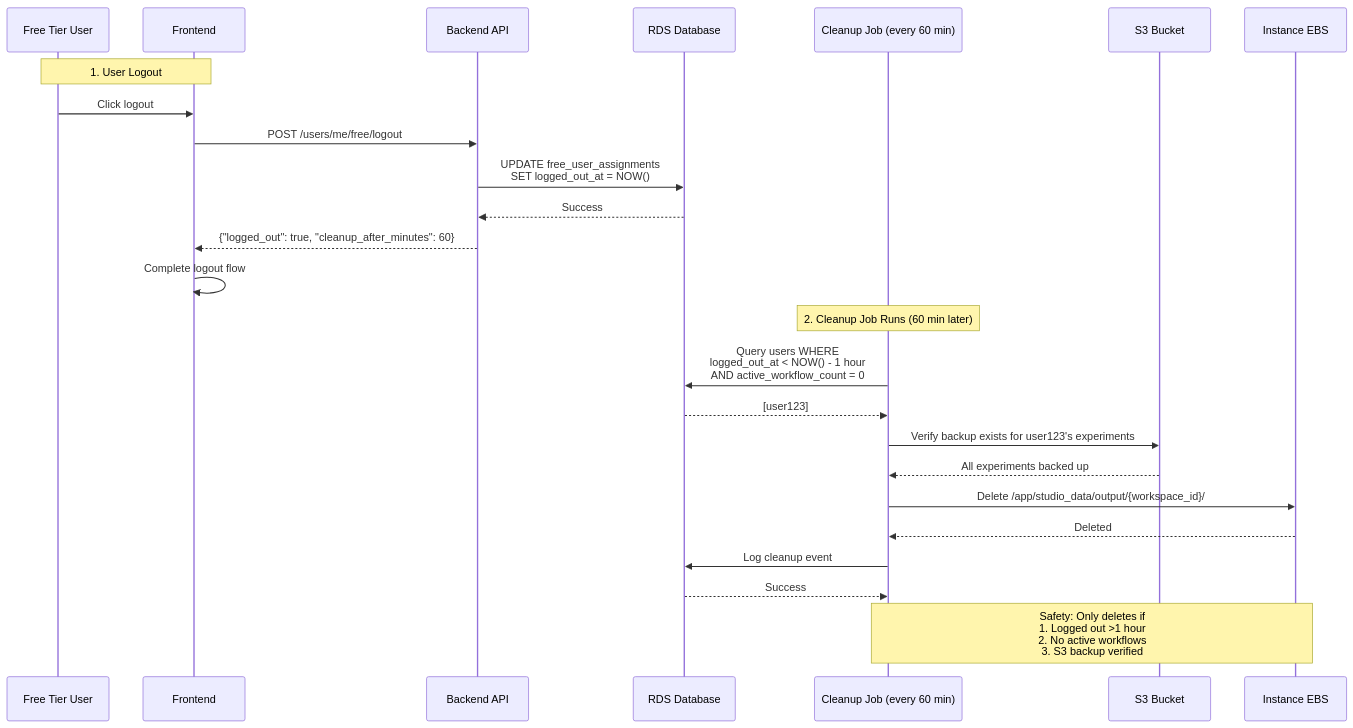
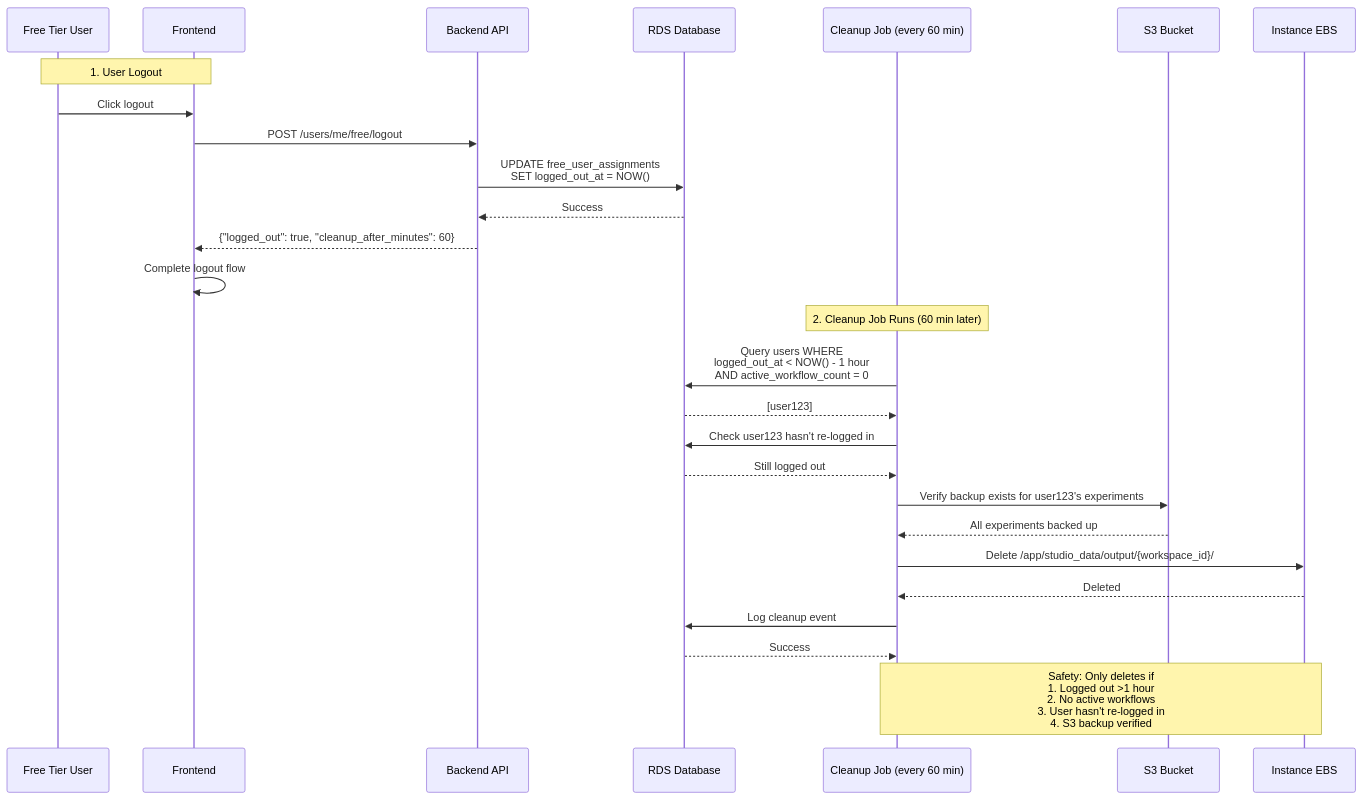
The second of 2 diagrams in infrastructure/documentation/EBS_STORAGE_ARCHITECTURE.md (arayabrain/araya-optinist), drawn with Mermaid before and after one commit. The commit also changed other lines of this file and 11 other files, not shown here.

````diff
--- a/infrastructure/documentation/EBS_STORAGE_ARCHITECTURE.md
+++ b/infrastructure/documentation/EBS_STORAGE_ARCHITECTURE.md
@@ -245,33 +287,36 @@
 ```mermaid
 sequenceDiagram
     participant User as Free Tier User
     participant Frontend as Frontend
     participant API as Backend API
     participant DB as RDS Database
     participant CleanupJob as Cleanup Job (every 60 min)
     participant S3 as S3 Bucket
     participant EBS as Instance EBS
 
     Note over User,Frontend: 1. User Logout
     User->>Frontend: Click logout
     Frontend->>API: POST /users/me/free/logout
     API->>DB: UPDATE free_user_assignments<br/>SET logged_out_at = NOW()
     DB-->>API: Success
     API-->>Frontend: {"logged_out": true, "cleanup_after_minutes": 60}
     Frontend->>Frontend: Complete logout flow
 
     Note over CleanupJob: 2. Cleanup Job Runs (60 min later)
     CleanupJob->>DB: Query users WHERE<br/>logged_out_at < NOW() - 1 hour<br/>AND active_workflow_count = 0
     DB-->>CleanupJob: [user123]
 
+    CleanupJob->>DB: Check user123 hasn't re-logged in
+    DB-->>CleanupJob: Still logged out
+
     CleanupJob->>S3: Verify backup exists for user123's experiments
-    S3-->>CleanupJob:  All experiments backed up
+    S3-->>CleanupJob: All experiments backed up
 
     CleanupJob->>EBS: Delete /app/studio_data/output/{workspace_id}/
     EBS-->>CleanupJob: Deleted
 
     CleanupJob->>DB: Log cleanup event
     DB-->>CleanupJob: Success
 
-    Note over CleanupJob,EBS:  Safety: Only deletes if<br/>1. Logged out >1 hour<br/>2. No active workflows<br/>3. S3 backup verified
+    Note over CleanupJob,EBS: Safety: Only deletes if<br/>1. Logged out >1 hour<br/>2. No active workflows<br/>3. User hasn't re-logged in<br/>4. S3 backup verified
 ```
````
